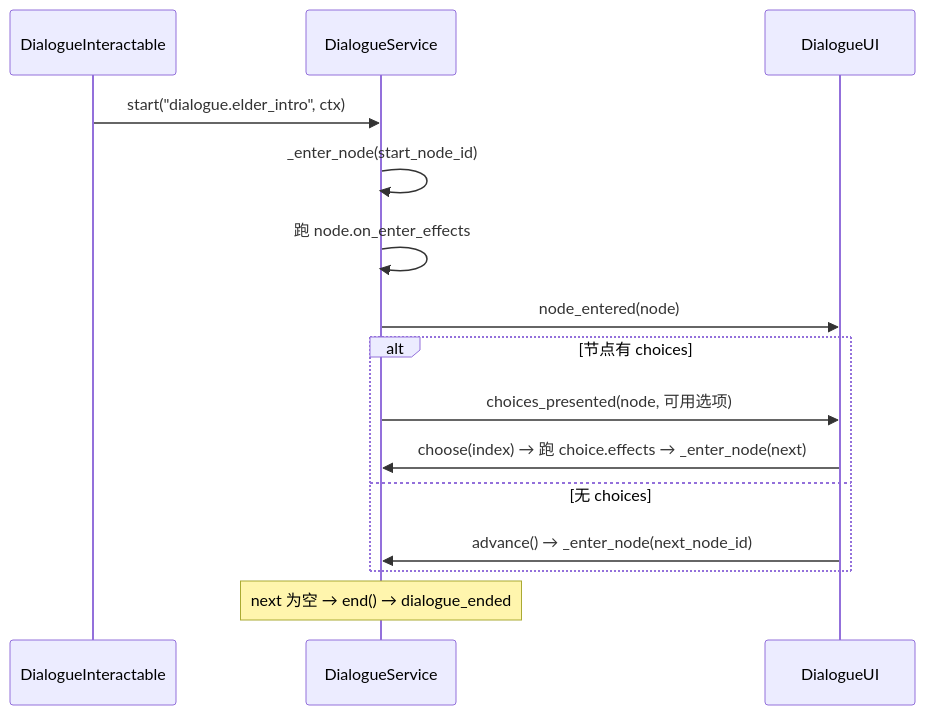
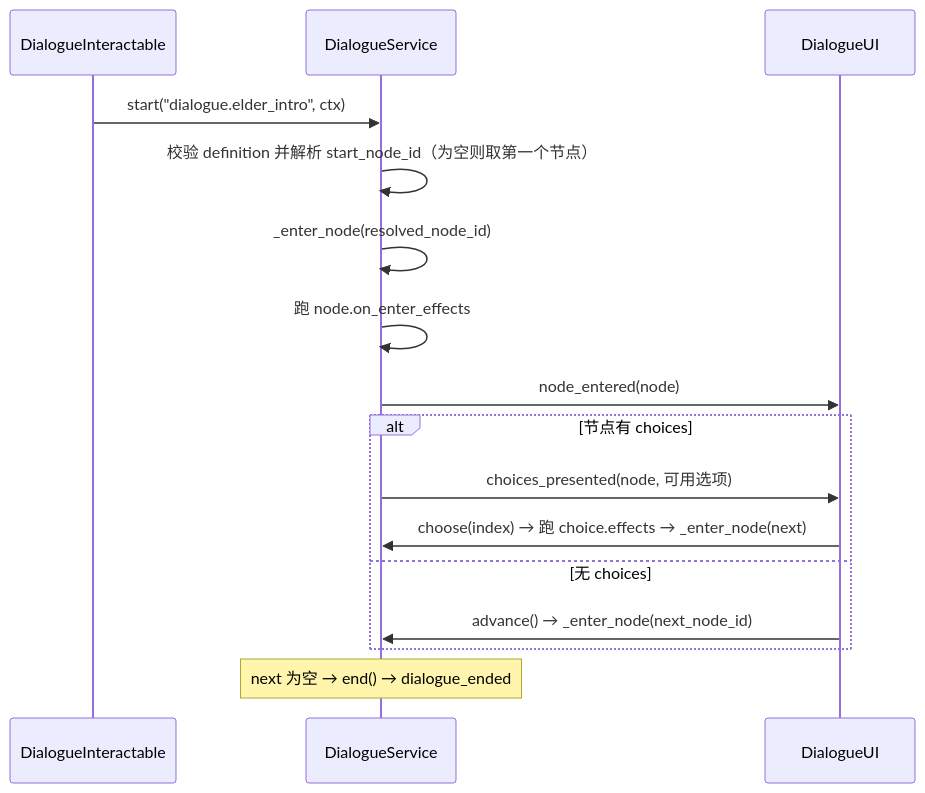
One commit to xiaofeiqiu/mkit changed diagram 15 of 20 in docs/pipeline.md. Above: the diagram before and after it, drawn with Mermaid. The commit also changed other lines of this file and 21 other files, not shown here.

````diff
--- a/docs/pipeline.md
+++ b/docs/pipeline.md
@@ -902,18 +902,19 @@
 ```mermaid
 sequenceDiagram
     participant Caller as DialogueInteractable
     participant DS as DialogueService
     participant UI as DialogueUI
 
     Caller->>DS: start("dialogue.elder_intro", ctx)
-    DS->>DS: _enter_node(start_node_id)
+    DS->>DS: 校验 definition 并解析 start_node_id（为空则取第一个节点）
+    DS->>DS: _enter_node(resolved_node_id)
     DS->>DS: 跑 node.on_enter_effects
     DS->>UI: node_entered(node)
     alt 节点有 choices
         DS->>UI: choices_presented(node, 可用选项)
         UI->>DS: choose(index) → 跑 choice.effects → _enter_node(next)
     else 无 choices
         UI->>DS: advance() → _enter_node(next_node_id)
     end
     Note over DS: next 为空 → end() → dialogue_ended
 ```
````
